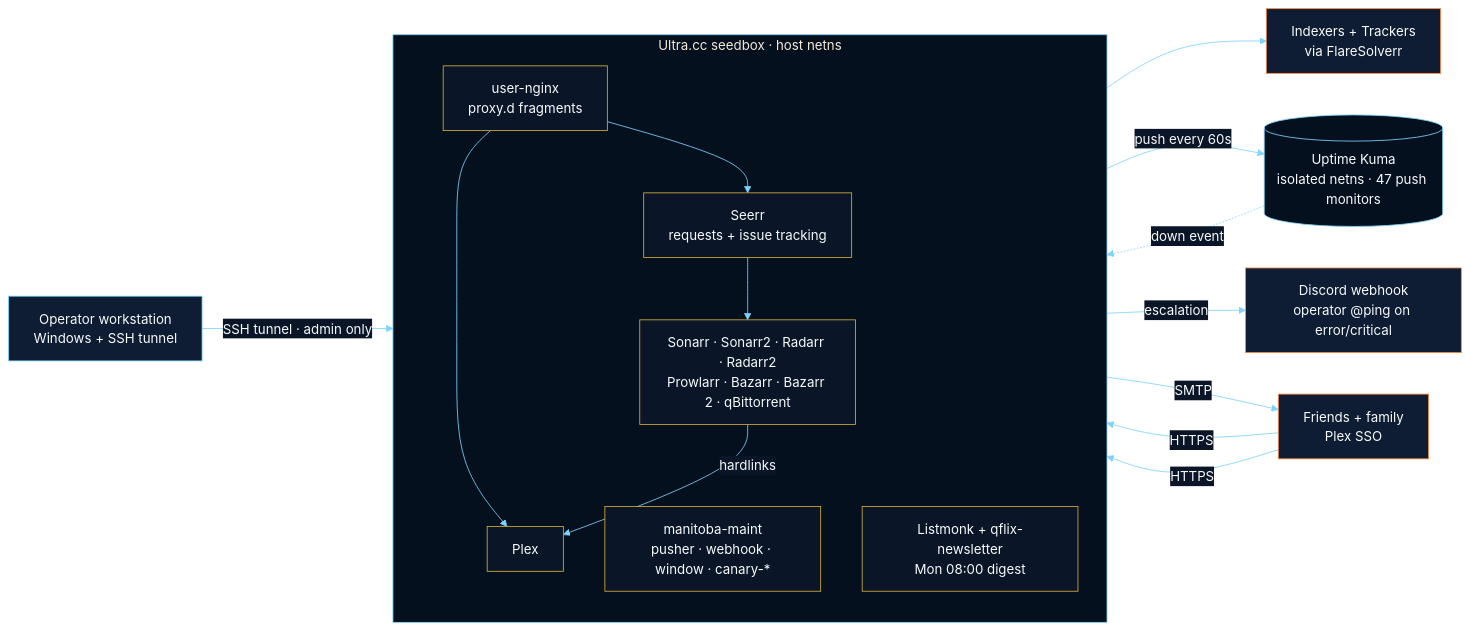
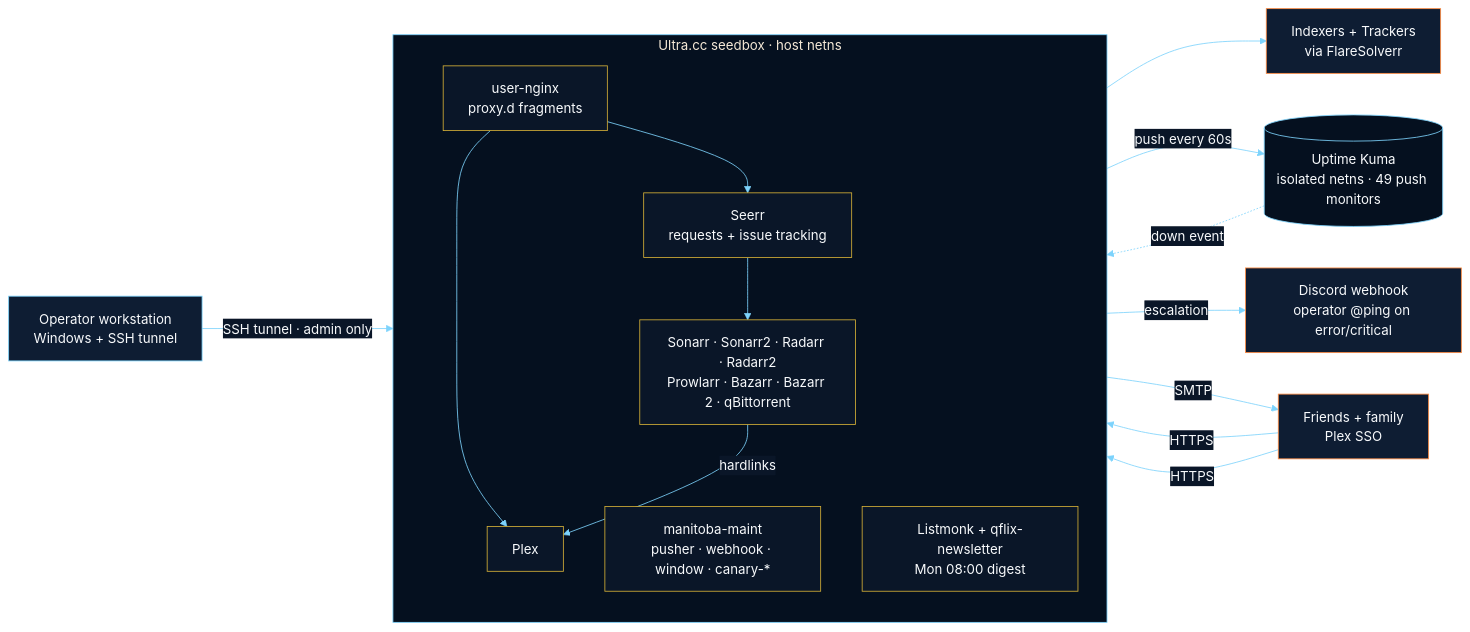
The first of 6 diagrams in README.md (Quadstronaut/QFlix), drawn with Mermaid before and after one commit. The commit also changed other lines of this file and 5 other files, not shown here.

````diff
--- a/README.md
+++ b/README.md
@@ -76,35 +76,35 @@
 ```mermaid
 %%{init: {'theme':'base','themeVariables':{'primaryColor':'#0e1d33','primaryTextColor':'#f8fafc','primaryBorderColor':'#ff8c42','lineColor':'#7dd3fc','secondaryColor':'#05101f','tertiaryColor':'#0a1628','clusterBkg':'#05101f','clusterBorder':'#7dd3fc','edgeLabelBackground':'#0a1628','fontFamily':'Segoe UI, Roboto, sans-serif'}}}%%
 flowchart LR
   classDef ext fill:#0e1d33,stroke:#ff8c42,color:#f8fafc
   classDef user fill:#0e1d33,stroke:#7dd3fc,color:#f8fafc
   classDef seedbox fill:#0a1628,stroke:#d4af37,color:#f8fafc
   classDef kuma fill:#05101f,stroke:#7dd3fc,color:#f8fafc
 
   user[Operator workstation<br/>Windows + SSH tunnel]:::user
   friends[Friends + family<br/>Plex SSO]:::ext
   ext[Indexers + Trackers<br/>via FlareSolverr]:::ext
 
   subgraph SB[Ultra.cc seedbox · host netns]
     direction TB
     nginx[user-nginx<br/>proxy.d fragments]:::seedbox
     plex[Plex]:::seedbox
     arr[Sonarr · Sonarr2 · Radarr · Radarr2<br/>Prowlarr · Bazarr · Bazarr 2 · qBittorrent]:::seedbox
     requests[Seerr<br/>requests + issue tracking]:::seedbox
     maint[manitoba-maint<br/>pusher · webhook · window · canary-*]:::seedbox
     comms[Listmonk + qflix-newsletter<br/>Mon 08:00 digest]:::seedbox
   end
 
-  kuma[(Uptime Kuma<br/>isolated netns · 47 push monitors)]:::kuma
+  kuma[(Uptime Kuma<br/>isolated netns · 49 push monitors)]:::kuma
   discord[Discord webhook<br/>operator @ping on error/critical]:::ext
 
   friends -->|HTTPS| nginx --> plex
   friends -->|HTTPS| nginx --> requests
   requests --> arr --> ext
   arr -->|hardlinks| plex
   user -->|SSH tunnel · admin only| arr
   maint -->|push every 60s| kuma
   kuma -.->|down event| maint
   maint -->|escalation| discord
   comms -->|SMTP| friends
 ```
````
